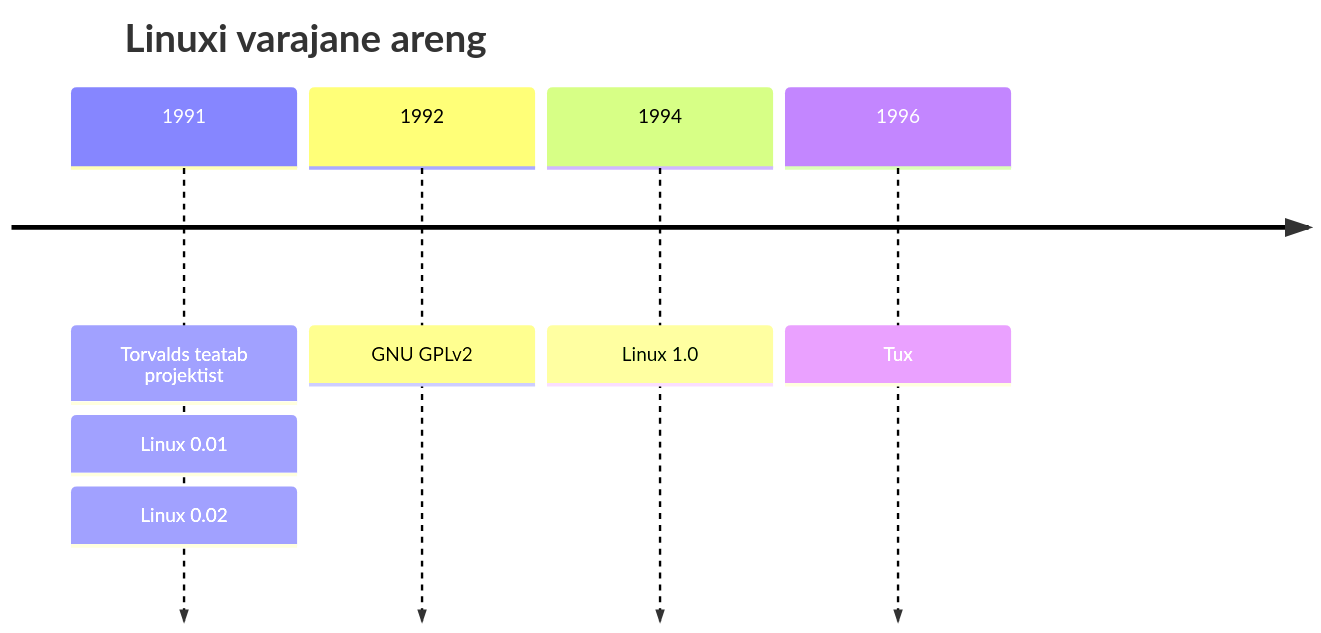
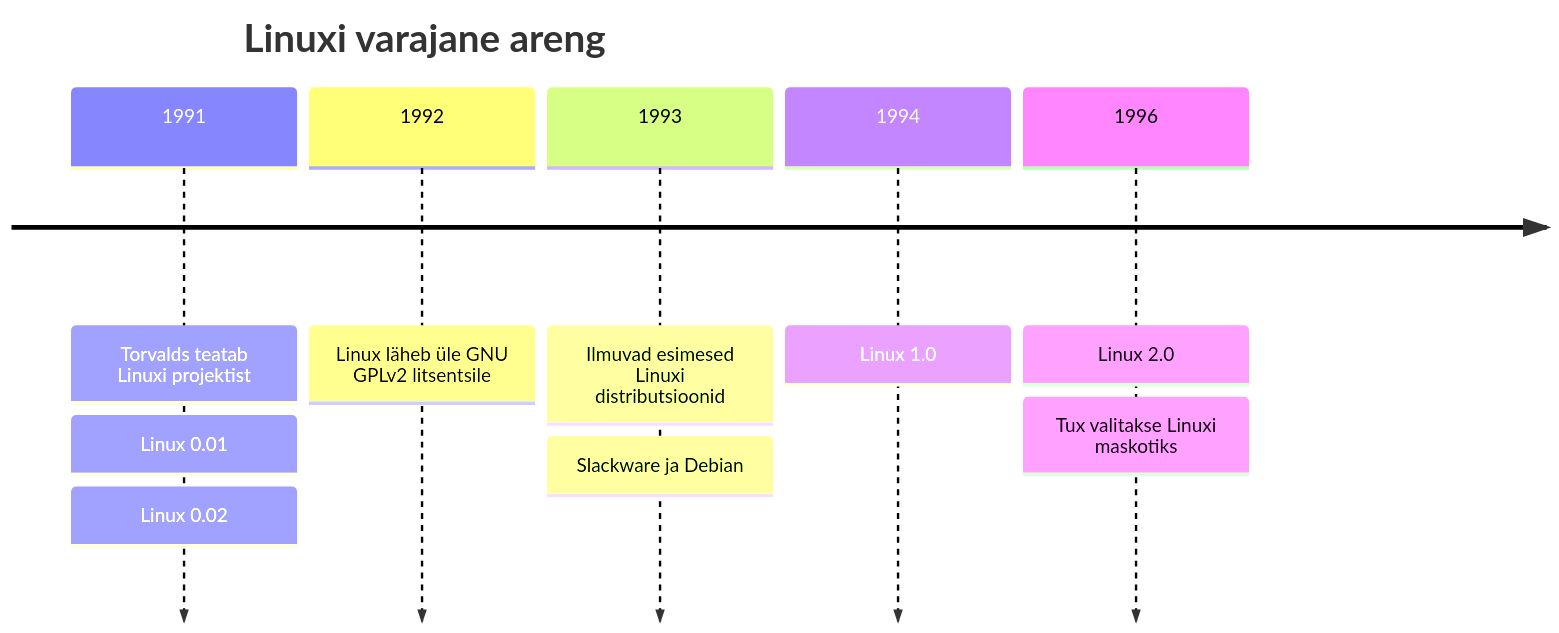
One commit to priitpaap/priitpaap.github.io changed the second of 4 diagrams in docs/linux/linuxi-ajalugu.md. Above: the diagram before and after it, drawn with Mermaid. The commit also changed other lines of this file, not shown here.

Commit message:
Uuendatud linuxi-ajalugu.md

````diff
--- a/docs/linux/linuxi-ajalugu.md
+++ b/docs/linux/linuxi-ajalugu.md
@@ -327,10 +306,13 @@
 ```mermaid
 timeline
     title Linuxi varajane areng
-    1991 : Torvalds teatab projektist
+    1991 : Torvalds teatab Linuxi projektist
          : Linux 0.01
          : Linux 0.02
-    1992 : GNU GPLv2
+    1992 : Linux läheb üle GNU GPLv2 litsentsile
+    1993 : Ilmuvad esimesed Linuxi distributsioonid
+         : Slackware ja Debian
     1994 : Linux 1.0
-    1996 : Tux
+    1996 : Linux 2.0
+         : Tux valitakse Linuxi maskotiks
 ```
````
